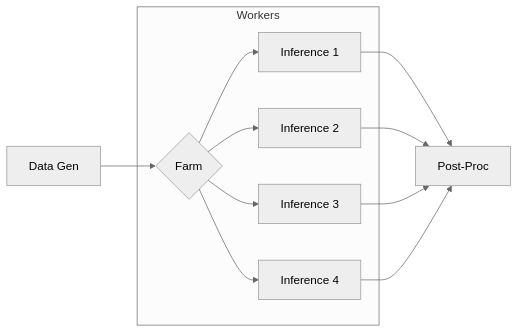
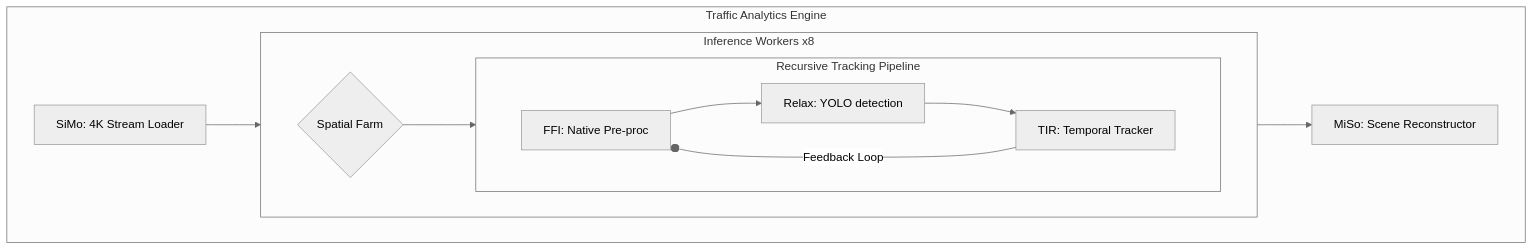
The fourth of 4 diagrams in README.md (mamodev/fftvm), drawn with Mermaid (neutral theme) before and after one commit. The commit also changed other lines of this file, not shown here.

````diff
--- a/README.md
+++ b/README.md
@@ -320,14 +326,20 @@
 ```mermaid
 graph LR
-    G[Data Gen] --> F{Farm}
-    subgraph Workers
-    F --> W1[Inference 1]
-    F --> W2[Inference 2]
-    F --> W3[Inference 3]
-    F --> W4[Inference 4]
+    subgraph CityOrchestrator [Traffic Analytics Engine]
+    direction LR
+    Loader[SiMo: 4K Stream Loader] --> F{Spatial Farm}
+    
+    subgraph ParallelWorkers [Inference Workers x8]
+    direction LR
+    F --> W_Pipe((Pipeline))
+    subgraph W_Pipe [Recursive Tracking Pipeline]
+    direction LR
+    Pre[FFI: Native Pre-proc] --> Det[Relax: YOLO detection]
+    Det --> Track[TIR: Temporal Tracker]
+    Track -- Feedback Loop --o Pre
     end
-    W1 --> P[Post-Proc]
-    W2 --> P
-    W3 --> P
-    W4 --> P
+    end
+    
+    W_Pipe --> Agg[MiSo: Scene Reconstructor]
+    end
 ```
````
